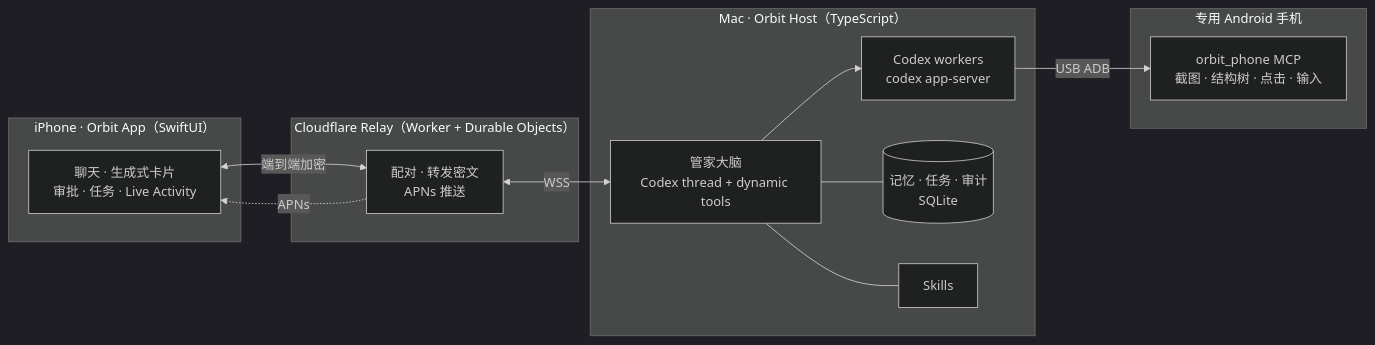
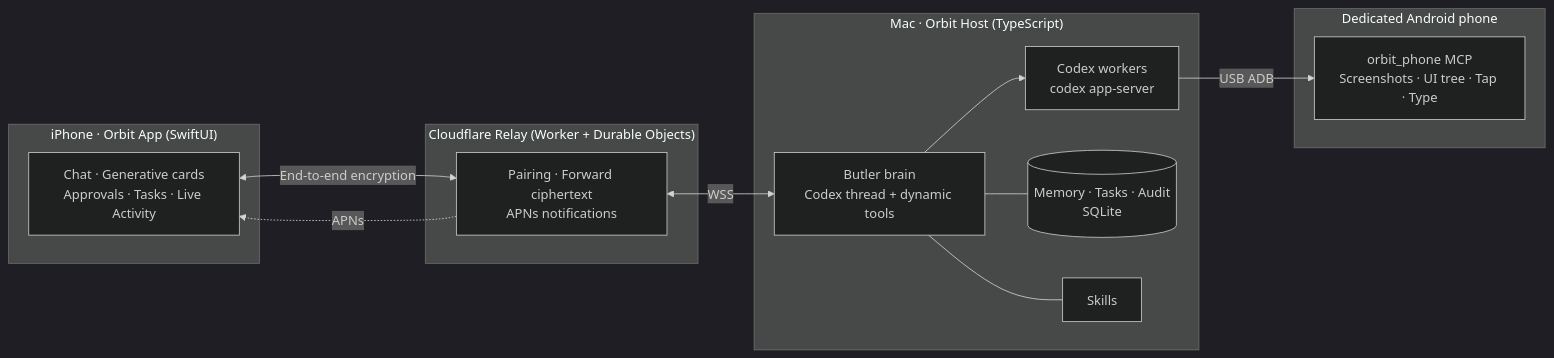
One commit to HerrysYu/orbit changed the diagram in README.md. Above: the diagram before and after it, drawn with Mermaid (dark theme). The commit also changed other lines of this file and 43 other files, not shown here.

````diff
--- a/README.md
+++ b/README.md
@@ -86,25 +91,25 @@
 ```mermaid
 flowchart LR
-  subgraph IOS["iPhone · Orbit App（SwiftUI）"]
-    A["聊天 · 生成式卡片<br/>审批 · 任务 · Live Activity"]
+  subgraph IOS["iPhone · Orbit App (SwiftUI)"]
+    A["Chat · Generative cards<br/>Approvals · Tasks · Live Activity"]
   end
-  subgraph CF["Cloudflare Relay（Worker + Durable Objects）"]
-    R["配对 · 转发密文<br/>APNs 推送"]
+  subgraph CF["Cloudflare Relay (Worker + Durable Objects)"]
+    R["Pairing · Forward ciphertext<br/>APNs notifications"]
   end
-  subgraph MAC["Mac · Orbit Host（TypeScript）"]
-    B["管家大脑<br/>Codex thread + dynamic tools"]
+  subgraph MAC["Mac · Orbit Host (TypeScript)"]
+    B["Butler brain<br/>Codex thread + dynamic tools"]
     W["Codex workers<br/>codex app-server"]
-    S[("记忆 · 任务 · 审计<br/>SQLite")]
+    S[("Memory · Tasks · Audit<br/>SQLite")]
     K["Skills"]
   end
-  subgraph AND["专用 Android 手机"]
-    P["orbit_phone MCP<br/>截图 · 结构树 · 点击 · 输入"]
+  subgraph AND["Dedicated Android phone"]
+    P["orbit_phone MCP<br/>Screenshots · UI tree · Tap · Type"]
   end
-  A <-->|"端到端加密"| R
+  A <-->|"End-to-end encryption"| R
   R <-->|"WSS"| B
   B --> W
   B --- S
   B --- K
   W -->|"USB ADB"| P
   R -.->|"APNs"| A
 ```
````
